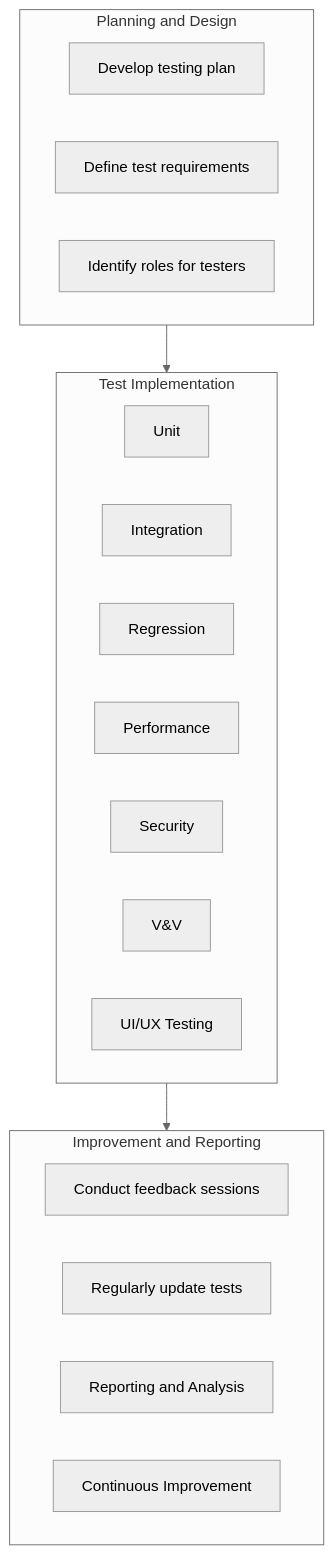
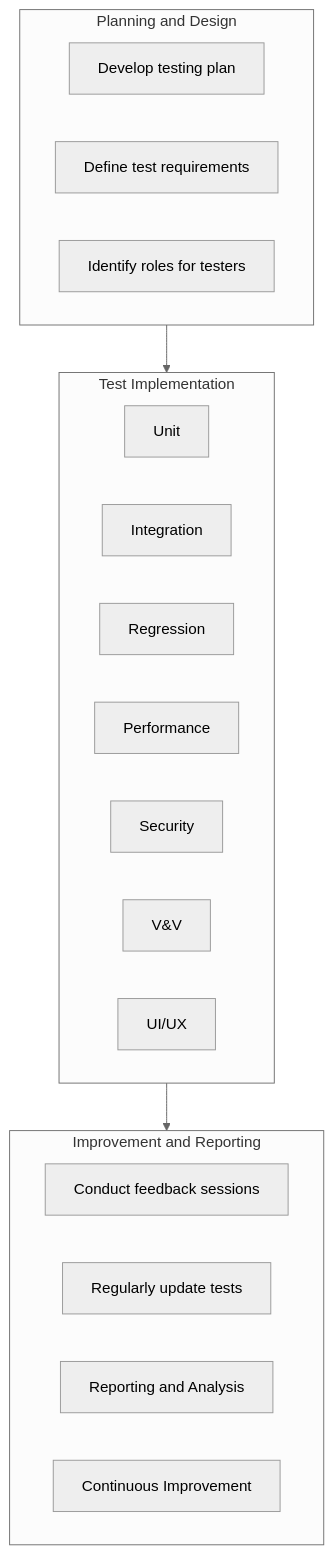
One commit to NASA-AMMOS/slim changed the diagram in docs/guides/software-lifecycle/continuous-testing/README.md. Above: the diagram before and after it, drawn with Mermaid (neutral theme). The commit also changed other lines of this file, not shown here.

````diff
--- a/docs/guides/software-lifecycle/continuous-testing/README.md
+++ b/docs/guides/software-lifecycle/continuous-testing/README.md
@@ -31,33 +31,33 @@
 ```mermaid
 graph TD;
     A
     B
     C
     
     A --> B;
     B --> C;
 
     subgraph A[Planning and Design]
         D[Develop testing plan]
         F[Define test requirements]
         G[Identify roles for testers]
 
     end
    
     subgraph B[Test Implementation]
         I[Unit]
         J[Integration]
         K[Regression]
         L[Performance]
         M[Security]
         N[V&V]
-        O[UI/UX Testing]
+        O[UI/UX]
     end
     
     subgraph C[Improvement and Reporting]
         P[Conduct feedback sessions]
         Q[Regularly update tests]
         R[Reporting and Analysis]
         S[Continuous Improvement]
     end
 ```
````
